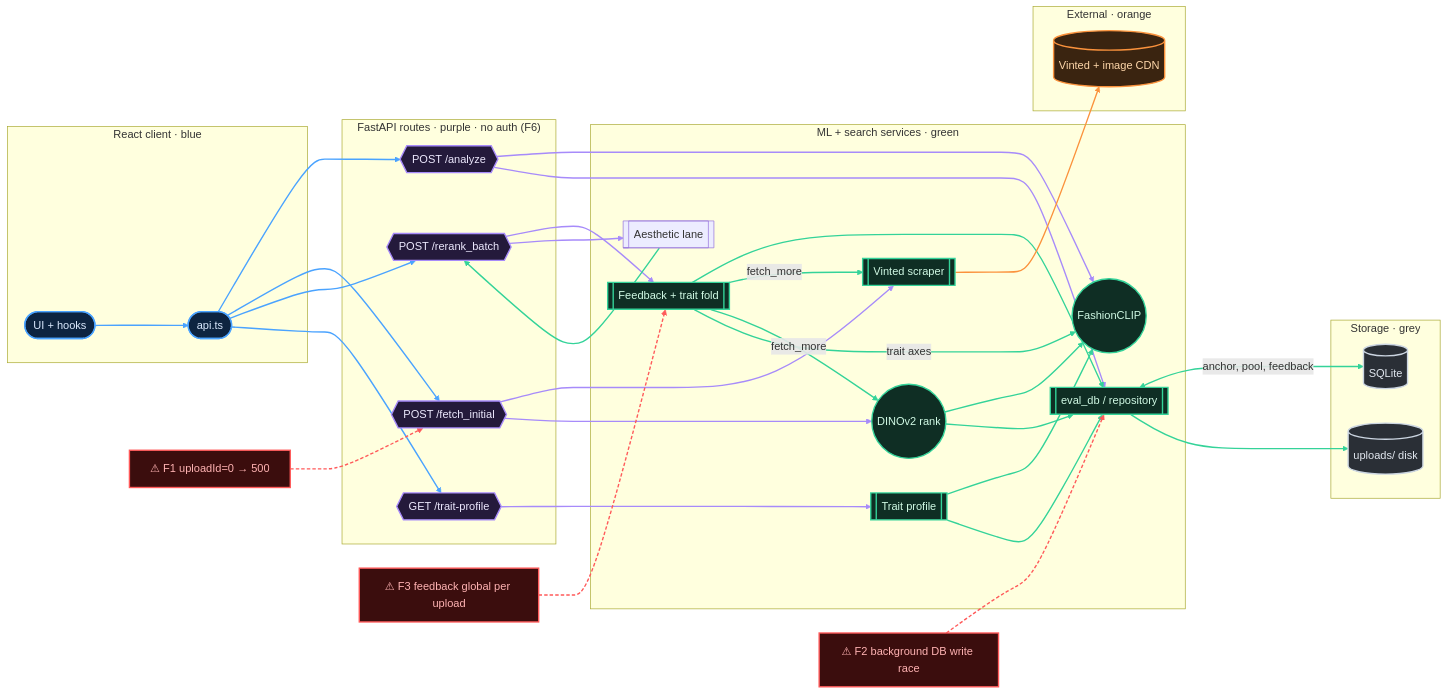
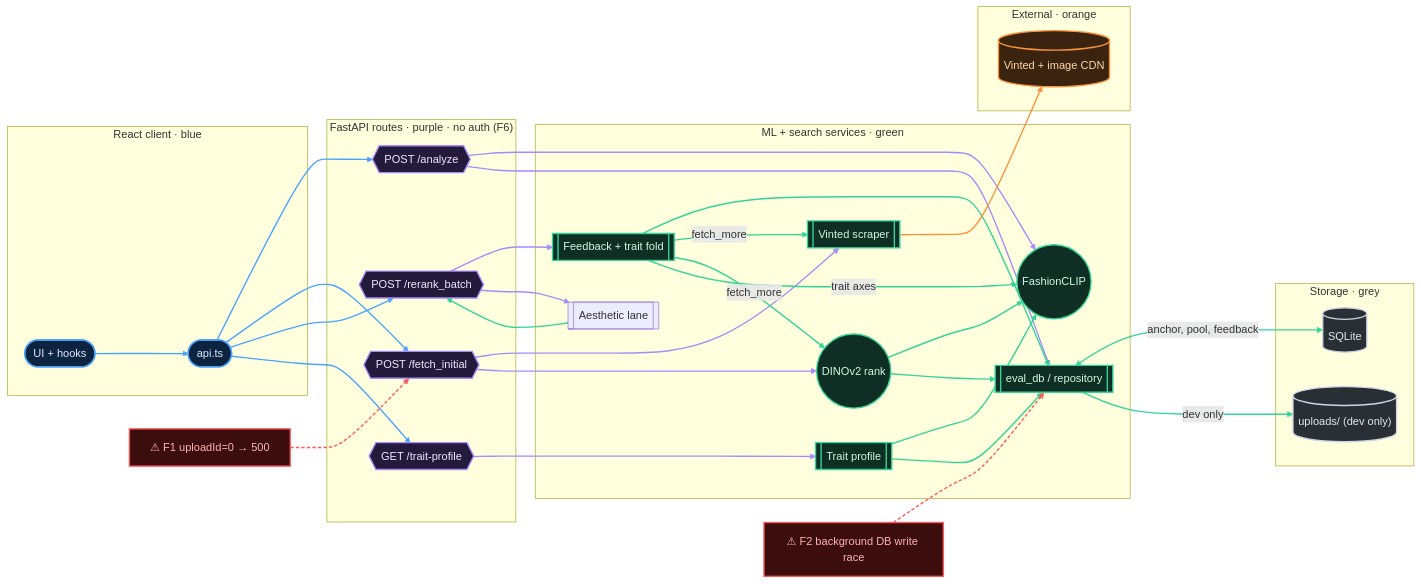
One commit to bvechiato/rack-sorter changed the first of 6 diagrams in docs/flows/README.md. Above: the diagram before and after it, drawn with Mermaid. The commit also changed other lines of this file and 11 other files, not shown here.

Commit message:
Only save user_upload in test env

````diff
--- a/docs/flows/README.md
+++ b/docs/flows/README.md
@@ -50,12 +50,11 @@
 
     subgraph Storage["Storage · grey"]
         DB[("SQLite")]
-        FS[("uploads/ disk")]
+        FS[("uploads/ (dev only)")]
     end
 
     F1["⚠ F1 uploadId=0 → 500"]
     F2["⚠ F2 background DB write race"]
-    F3["⚠ F3 feedback global per upload"]
 
     UI --> API
     API --> AN
@@ -79,13 +78,12 @@
     PR --> CL
     PR --> EV
     EV <-->|anchor, pool, feedback| DB
-    EV --> FS
+    EV -->|dev only| FS
 
     SC --> VI
 
     F1 -.-> FI
     F2 -.-> EV
-    F3 -.-> FD
     RR --> AL
     AL --> RR
 
@@ -94,11 +92,11 @@
     class EV,SC,DN,CL,FD,PR service
     class VI external
     class DB,FS storage
-    class F1,F2,F3 fault
+    class F1,F2 fault
 
     linkStyle 0,1,2,3,4 stroke:#4aa3ff,stroke-width:2px
-    linkStyle 5,6,7,8,9,10,25 stroke:#a78bfa,stroke-width:2px
-    linkStyle 11,12,13,14,15,16,17,18,19,20,26 stroke:#34d399,stroke-width:2px
+    linkStyle 5,6,7,8,9,10,24 stroke:#a78bfa,stroke-width:2px
+    linkStyle 11,12,13,14,15,16,17,18,19,20,25 stroke:#34d399,stroke-width:2px
     linkStyle 21 stroke:#fb923c,stroke-width:2px
-    linkStyle 22,23,24 stroke:#ff5a5a,stroke-width:2px,stroke-dasharray: 5 3
+    linkStyle 22,23 stroke:#ff5a5a,stroke-width:2px,stroke-dasharray: 5 3
 ```
````
